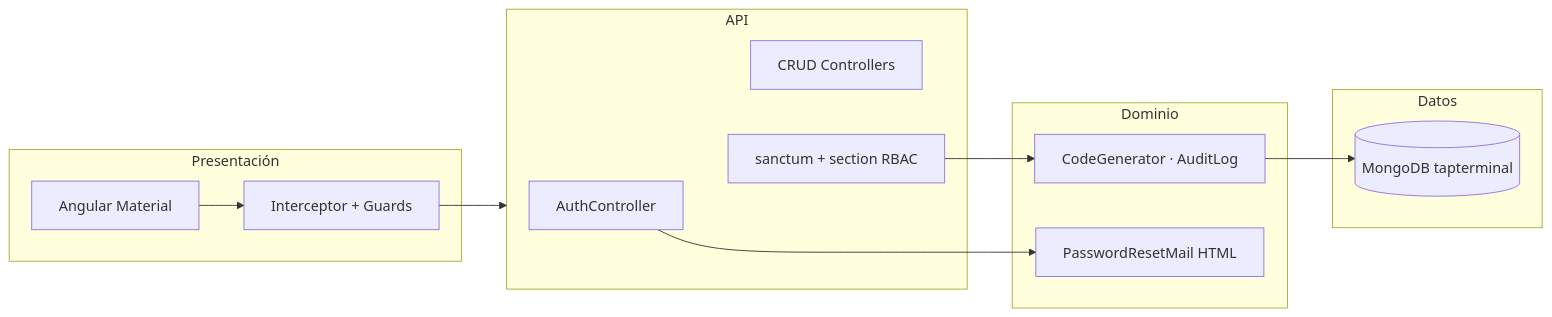
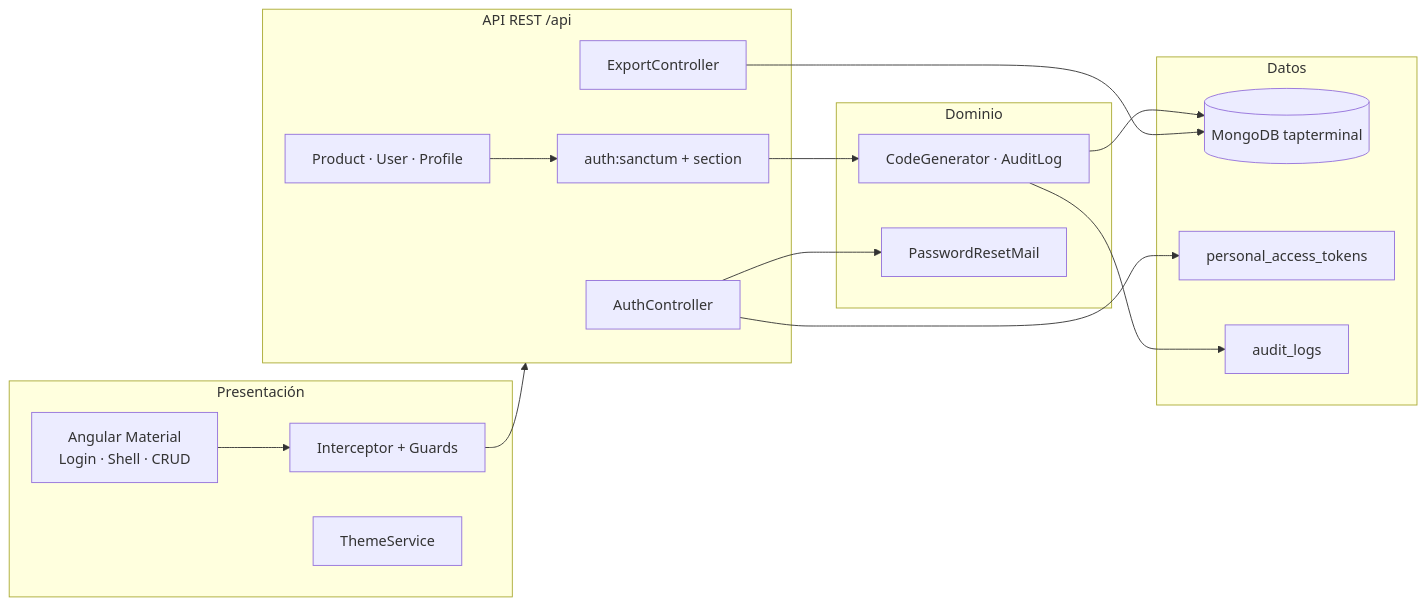
Before and after one commit to Migue716/Examen-Tap-Terminal: the fourth of 6 diagrams in ARCHITECTURE.md, drawn with Mermaid. The commit also changed other lines of this file and 2 other files, not shown here.

````diff
--- a/ARCHITECTURE.md
+++ b/ARCHITECTURE.md
@@ -97,25 +121,33 @@
 ```mermaid
 flowchart LR
     subgraph Presentación
-        UI["Angular Material"]
+        UI["Angular Material<br/>Login · Shell · CRUD"]
         INT["Interceptor + Guards"]
+        TH["ThemeService"]
     end
 
-    subgraph API
+    subgraph API["API REST /api"]
         AUTH["AuthController"]
-        CRUD["CRUD Controllers"]
-        MW["sanctum + section RBAC"]
+        CRUD["Product · User · Profile"]
+        EXP["ExportController"]
+        MW["auth:sanctum + section"]
     end
 
     subgraph Dominio
         SVC["CodeGenerator · AuditLog"]
-        MAIL["PasswordResetMail HTML"]
+        MAIL["PasswordResetMail"]
     end
 
     subgraph Datos
         MONGO[(MongoDB tapterminal)]
+        TOK["personal_access_tokens"]
+        AUD["audit_logs"]
     end
 
-    UI --> INT --> API --> MW --> SVC --> MONGO
+    UI --> INT --> API
     AUTH --> MAIL
+    CRUD --> MW --> SVC --> MONGO
+    AUTH --> TOK
+    SVC --> AUD
+    EXP --> MONGO
 ```
````
